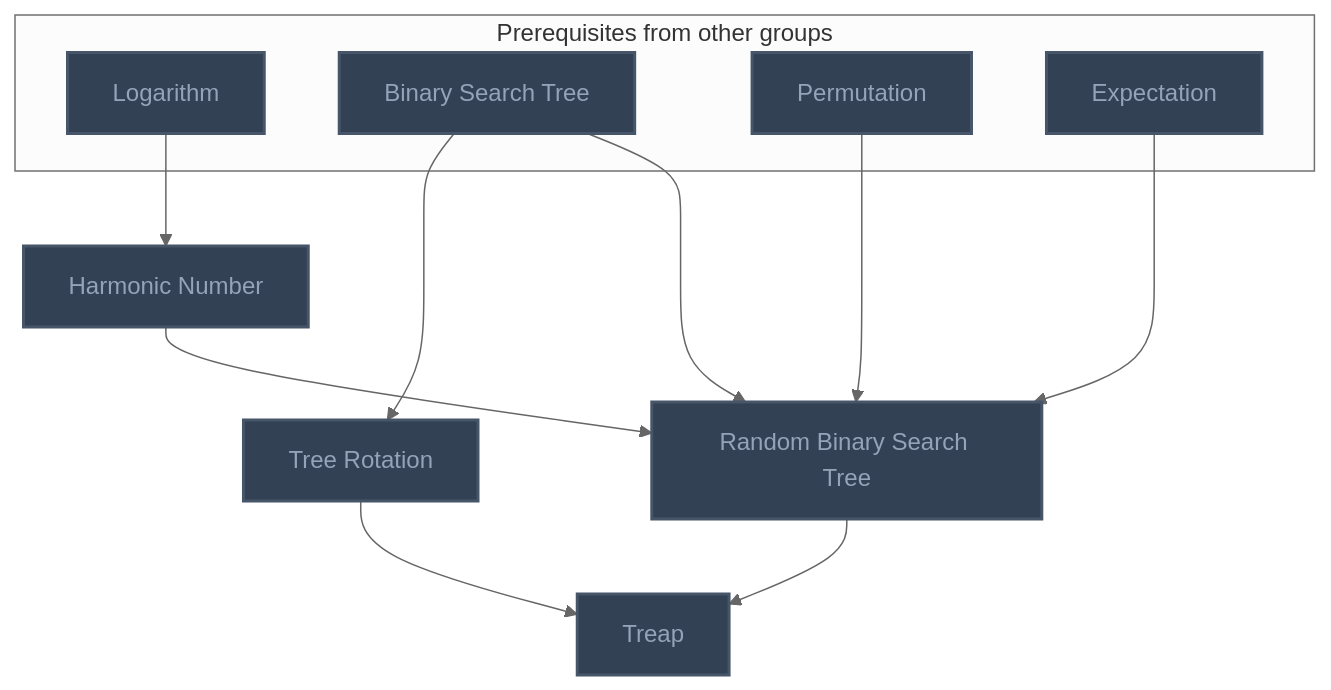
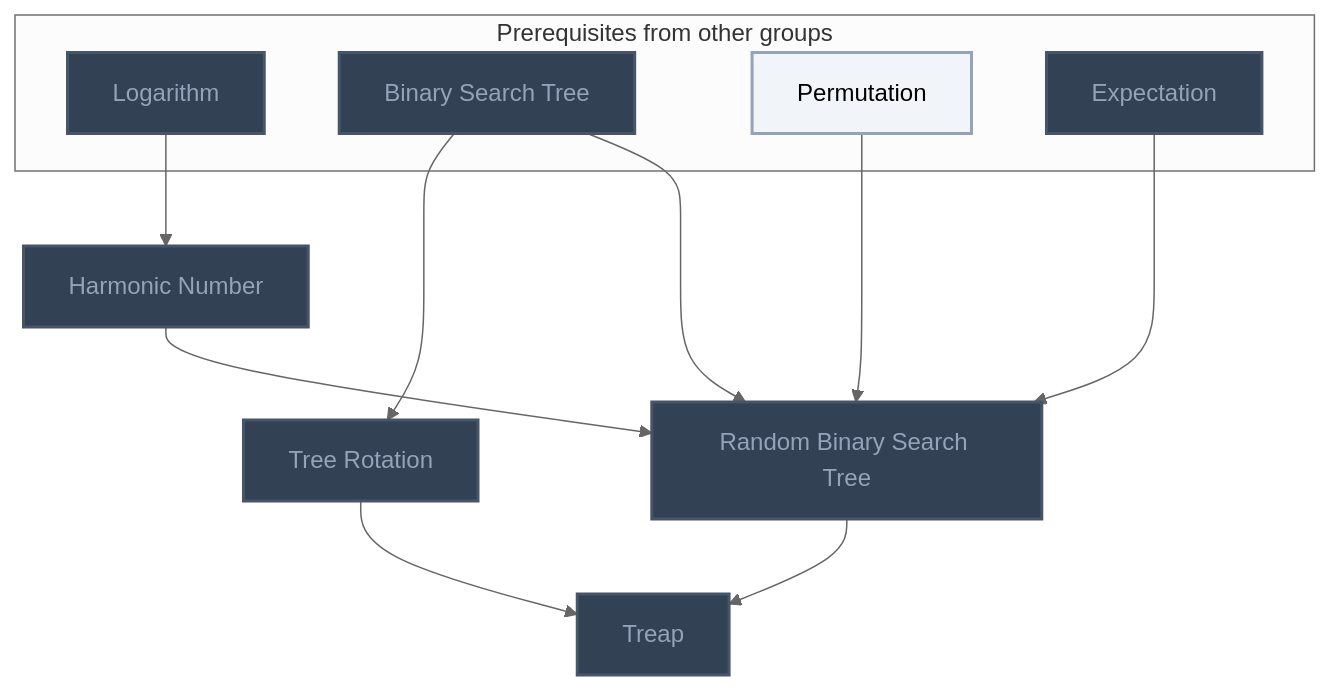
The ninth of 17 diagrams in Gamification/Skill Trees/Data Structures and Algorithms.md (MRauf1/My-Notes), drawn with Mermaid (neutral theme) before and after one commit. The commit also changed other lines of this file and 156 other files, not shown here.

````diff
--- a/Gamification/Skill Trees/Data Structures and Algorithms.md
+++ b/Gamification/Skill Trees/Data Structures and Algorithms.md
@@ -304,32 +305,33 @@
 ```mermaid
 flowchart TD
     classDef planned fill:#1E293B,stroke:#64748B,stroke-width:2px,stroke-dasharray:5 5,color:#94A3B8;
     classDef locked fill:#334155,stroke:#475569,stroke-width:2px,color:#94A3B8;
     classDef L0 fill:#F1F5F9,stroke:#94A3B8,stroke-width:2px,color:#000000;
     classDef L1 fill:#22C55E,stroke:#15803D,stroke-width:2px,color:#000000;
     classDef L2 fill:#3B82F6,stroke:#1D4ED8,stroke-width:3px,color:#FFFFFF;
     classDef L3 fill:#A855F7,stroke:#6B21A8,stroke-width:3px,color:#FFFFFF,font-weight:bold;
     classDef L4 fill:#F97316,stroke:#C2410C,stroke-width:4px,color:#000000,font-weight:bold;
     classDef L5 fill:#FFD700,stroke:#FF8C00,stroke-width:5px,color:#000000,font-weight:bold;
     classDef rusty stroke:#8B4513,stroke-width:4px,stroke-dasharray:3 3;
     subgraph sg_prereqs["Prerequisites from other groups"]
         n_logarithm["Logarithm"]
         n_binary_search_tree["Binary Search Tree"]
         n_permutation["Permutation"]
         n_expectation["Expectation"]
     end
     n_harmonic_number["Harmonic Number"]
     n_random_binary_search_tree["Random Binary Search Tree"]
     n_tree_rotation["Tree Rotation"]
     n_treap["Treap"]
     n_logarithm --> n_harmonic_number
     n_binary_search_tree --> n_random_binary_search_tree
     n_permutation --> n_random_binary_search_tree
     n_harmonic_number --> n_random_binary_search_tree
     n_expectation --> n_random_binary_search_tree
     n_binary_search_tree --> n_tree_rotation
     n_random_binary_search_tree --> n_treap
     n_tree_rotation --> n_treap
-    class n_logarithm,n_binary_search_tree,n_permutation,n_expectation,n_harmonic_number,n_random_binary_search_tree,n_tree_rotation,n_treap locked;
+    class n_logarithm,n_binary_search_tree,n_expectation,n_harmonic_number,n_random_binary_search_tree,n_tree_rotation,n_treap locked;
+    class n_permutation L0;
     class n_logarithm,n_binary_search_tree,n_permutation,n_expectation,n_harmonic_number,n_random_binary_search_tree,n_tree_rotation,n_treap internal-link;
 ```
````
